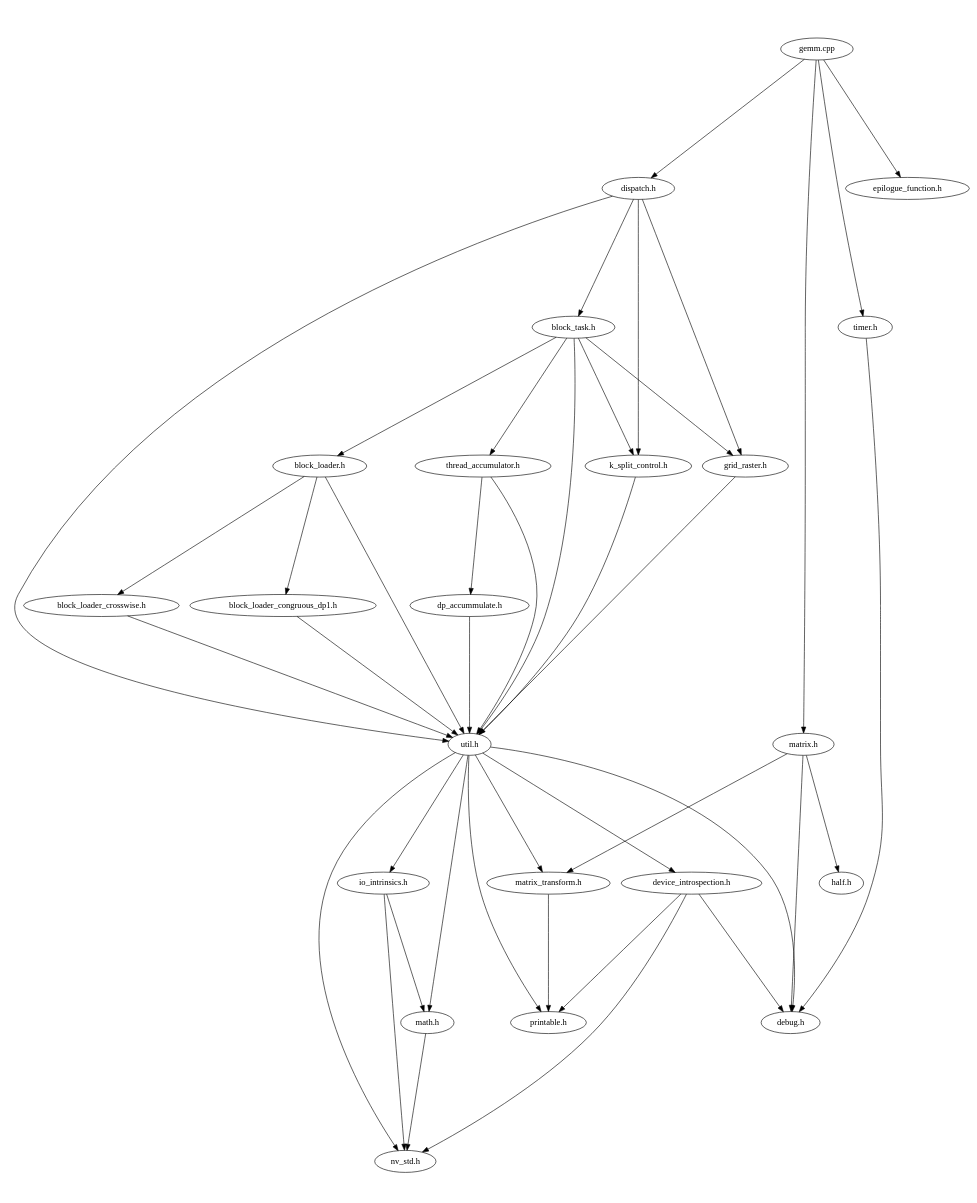
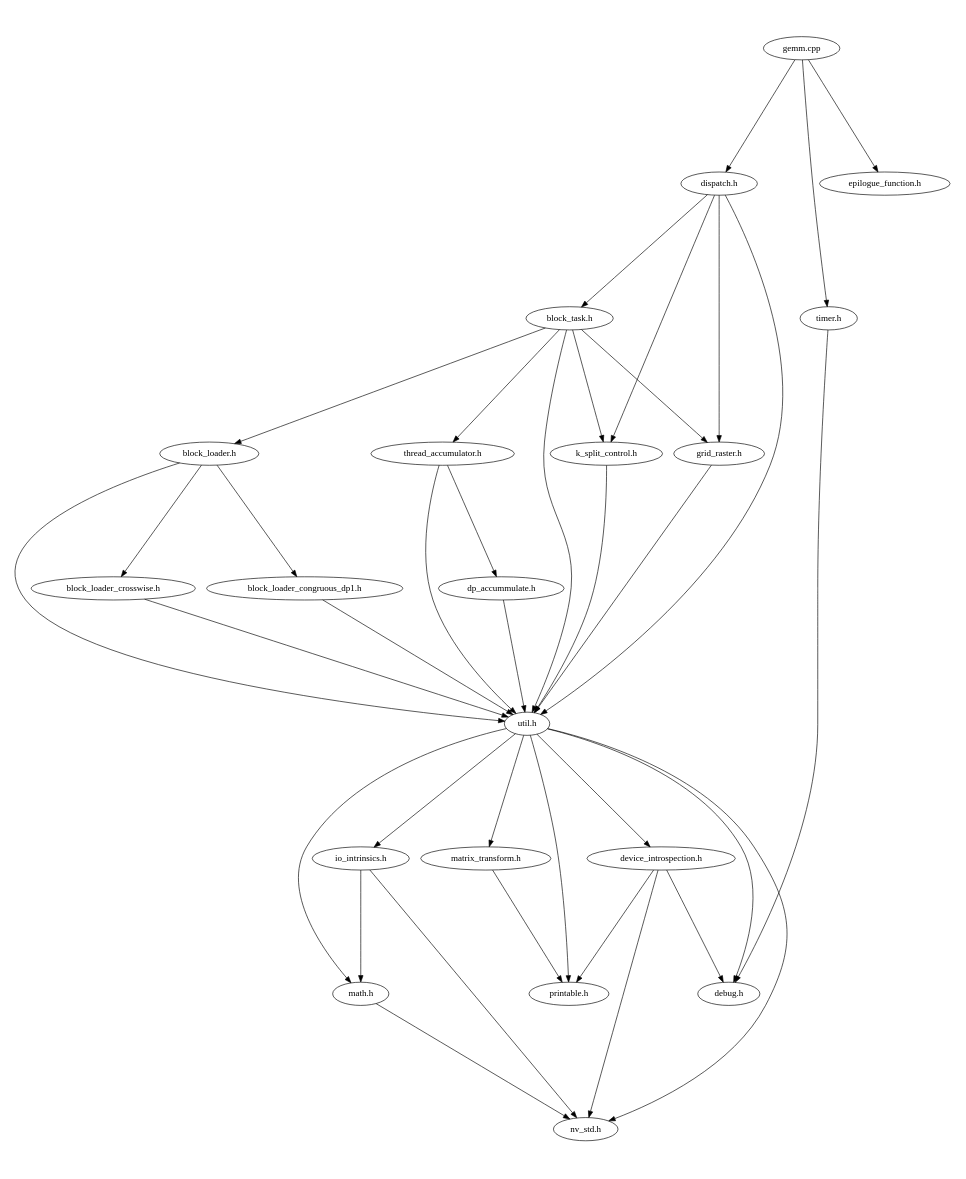
The diagram in 07_cache_gpu/cutlass/source.dot (pigtamer/hpc_lecture), drawn with Graphviz before and after one commit. The commit also changed 3 other files, not shown here.

```diff
--- a/07_cache_gpu/cutlass/source.dot
+++ b/07_cache_gpu/cutlass/source.dot
@@ -1,49 +1,45 @@
 digraph "source tree" {
     overlap=scale;
     size="8,10";
     ratio="fill";
     fontsize="16";
     fontname="Helvetica";
 	clusterrank="local";
-	"thread_accumulator.h" -> "util.h"
-	"matrix.h" -> "half.h"
-	"util.h" -> "debug.h"
-	"dispatch.h" -> "block_task.h"
-	"thread_accumulator.h" -> "dp_accummulate.h"
-	"block_task.h" -> "k_split_control.h"
-	"block_loader_congruous_dp1.h" -> "util.h"
-	"grid_raster.h" -> "util.h"
-	"gemm.cpp" -> "matrix.h"
-	"dispatch.h" -> "grid_raster.h"
-	"device_introspection.h" -> "nv_std.h"
-	"block_task.h" -> "thread_accumulator.h"
-	"gemm.cpp" -> "epilogue_function.h"
 	"dispatch.h" -> "util.h"
+	"device_introspection.h" -> "printable.h"
 	"dispatch.h" -> "k_split_control.h"
 	"gemm.cpp" -> "dispatch.h"
+	"block_loader_congruous_dp1.h" -> "util.h"
+	"dp_accummulate.h" -> "util.h"
+	"gemm.cpp" -> "epilogue_function.h"
+	"thread_accumulator.h" -> "dp_accummulate.h"
+	"device_introspection.h" -> "debug.h"
+	"device_introspection.h" -> "nv_std.h"
+	"util.h" -> "debug.h"
+	"util.h" -> "nv_std.h"
+	"math.h" -> "nv_std.h"
+	"util.h" -> "io_intrinsics.h"
+	"grid_raster.h" -> "util.h"
+	"dispatch.h" -> "grid_raster.h"
+	"k_split_control.h" -> "util.h"
+	"block_loader.h" -> "util.h"
 	"block_task.h" -> "grid_raster.h"
-	"matrix_transform.h" -> "printable.h"
+	"thread_accumulator.h" -> "util.h"
+	"io_intrinsics.h" -> "math.h"
+	"io_intrinsics.h" -> "nv_std.h"
+	"dispatch.h" -> "block_task.h"
+	"block_loader.h" -> "block_loader_crosswise.h"
 	"util.h" -> "math.h"
 	"timer.h" -> "debug.h"
-	"util.h" -> "printable.h"
+	"block_loader_crosswise.h" -> "util.h"
 	"block_loader.h" -> "block_loader_congruous_dp1.h"
+	"block_task.h" -> "block_loader.h"
+	"block_task.h" -> "k_split_control.h"
+	"util.h" -> "device_introspection.h"
+	"matrix_transform.h" -> "printable.h"
 	"gemm.cpp" -> "timer.h"
 	"block_task.h" -> "util.h"
+	"block_task.h" -> "thread_accumulator.h"
 	"util.h" -> "matrix_transform.h"
-	"io_intrinsics.h" -> "nv_std.h"
-	"util.h" -> "nv_std.h"
-	"util.h" -> "io_intrinsics.h"
-	"util.h" -> "device_introspection.h"
-	"k_split_control.h" -> "util.h"
-	"device_introspection.h" -> "debug.h"
-	"io_intrinsics.h" -> "math.h"
-	"block_loader.h" -> "util.h"
-	"matrix.h" -> "debug.h"
-	"block_task.h" -> "block_loader.h"
-	"math.h" -> "nv_std.h"
-	"device_introspection.h" -> "printable.h"
-	"block_loader_crosswise.h" -> "util.h"
-	"matrix.h" -> "matrix_transform.h"
-	"dp_accummulate.h" -> "util.h"
-	"block_loader.h" -> "block_loader_crosswise.h"
+	"util.h" -> "printable.h"
 }
```
